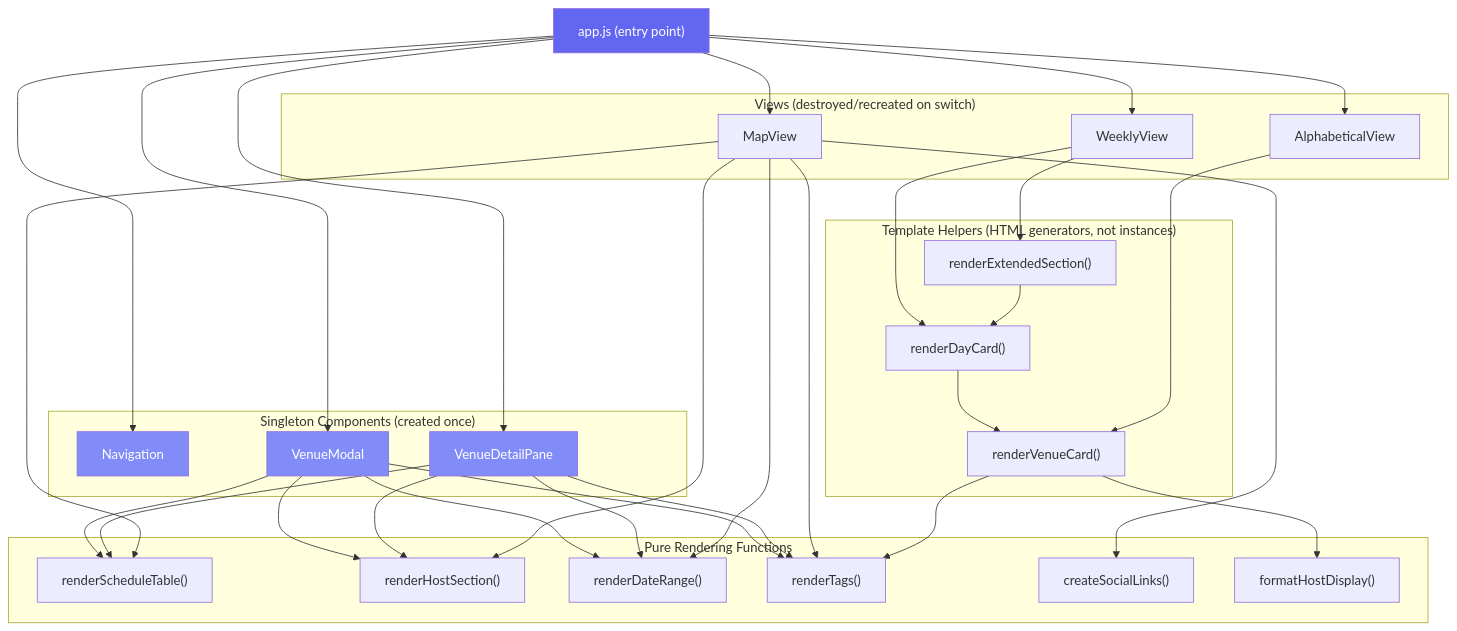
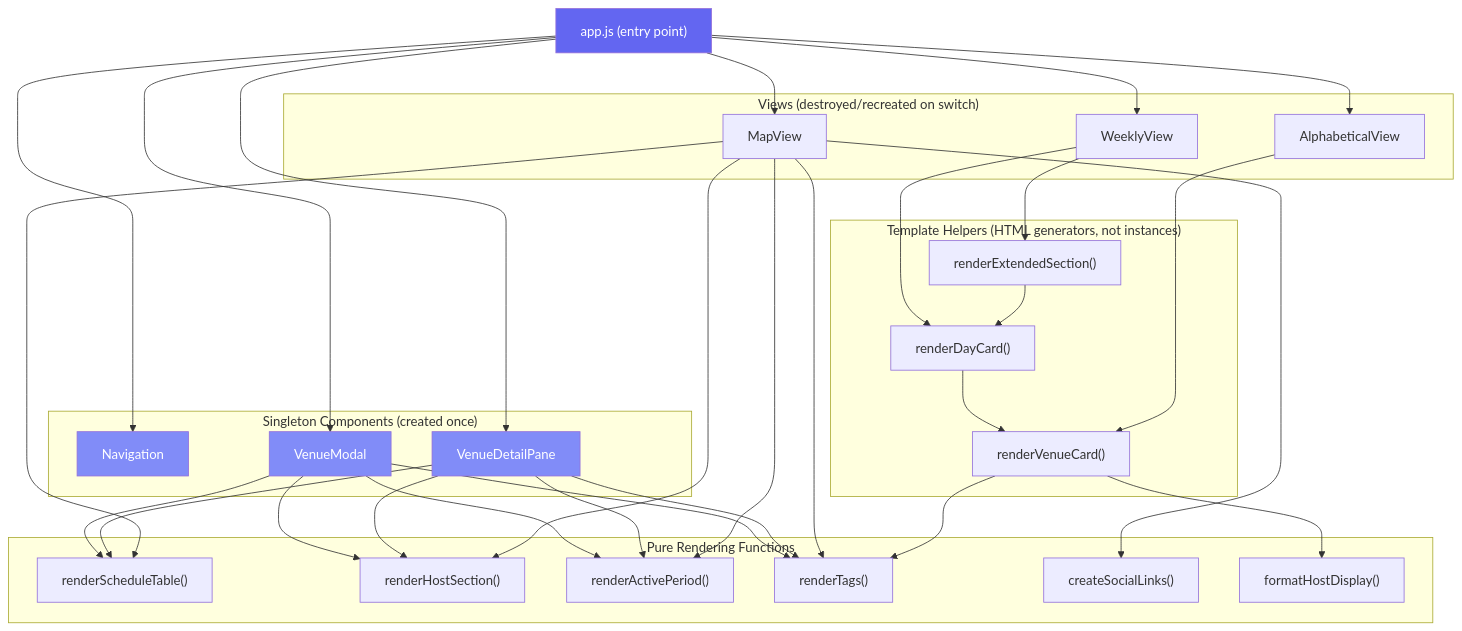
One commit to Johnesco/karaokedirectory changed the second of 8 diagrams in docs/architecture.md. Above: the diagram before and after it, drawn with Mermaid. The commit also changed 21 other files, not shown here.

First line of the commit message:
#13: Rename dateRange → activePeriod, add to submit form

````diff
--- a/docs/architecture.md
+++ b/docs/architecture.md
@@ -171,68 +171,68 @@
 ```mermaid
 graph TD
     APP["app.js (entry point)"]
 
     subgraph Singletons ["Singleton Components (created once)"]
         NAV["Navigation"]
         VM["VenueModal"]
         VDP["VenueDetailPane"]
     end
 
     subgraph Views ["Views (destroyed/recreated on switch)"]
         WV["WeeklyView"]
         AV["AlphabeticalView"]
         MV["MapView"]
     end
 
     subgraph Templates ["Template Helpers (HTML generators, not instances)"]
         RDC["renderDayCard()"]
         RVC["renderVenueCard()"]
         RES["renderExtendedSection()"]
     end
 
     subgraph PureFns ["Pure Rendering Functions"]
         RST["renderScheduleTable()"]
         RHS["renderHostSection()"]
-        RDR["renderDateRange()"]
+        RDR["renderActivePeriod()"]
         RT["renderTags()"]
         CSL["createSocialLinks()"]
         FHD["formatHostDisplay()"]
     end
 
     APP --> NAV
     APP --> VM
     APP --> VDP
     APP --> WV
     APP --> AV
     APP --> MV
 
     WV --> RDC
     WV --> RES
     RDC --> RVC
     RES --> RDC
     AV --> RVC
 
     VM --> RST
     VM --> RHS
     VM --> RDR
     VM --> RT
 
     VDP --> RST
     VDP --> RHS
     VDP --> RDR
     VDP --> RT
 
     MV --> RST
     MV --> RHS
     MV --> RDR
     MV --> RT
     MV --> CSL
 
     RVC --> RT
     RVC --> FHD
 
     style APP fill:#6366f1,color:#fff
     style NAV fill:#818cf8,color:#fff
     style VM fill:#818cf8,color:#fff
     style VDP fill:#818cf8,color:#fff
 ```
````
